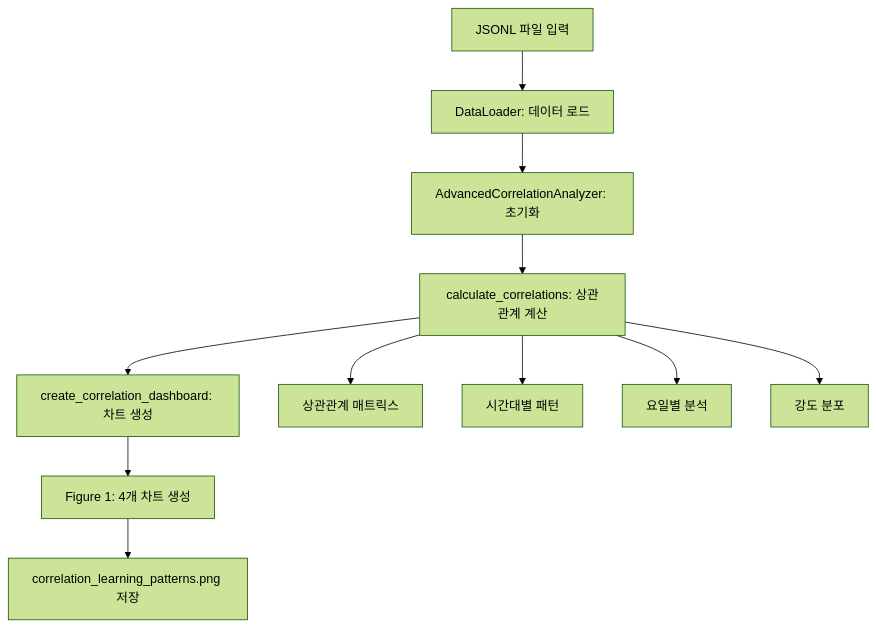
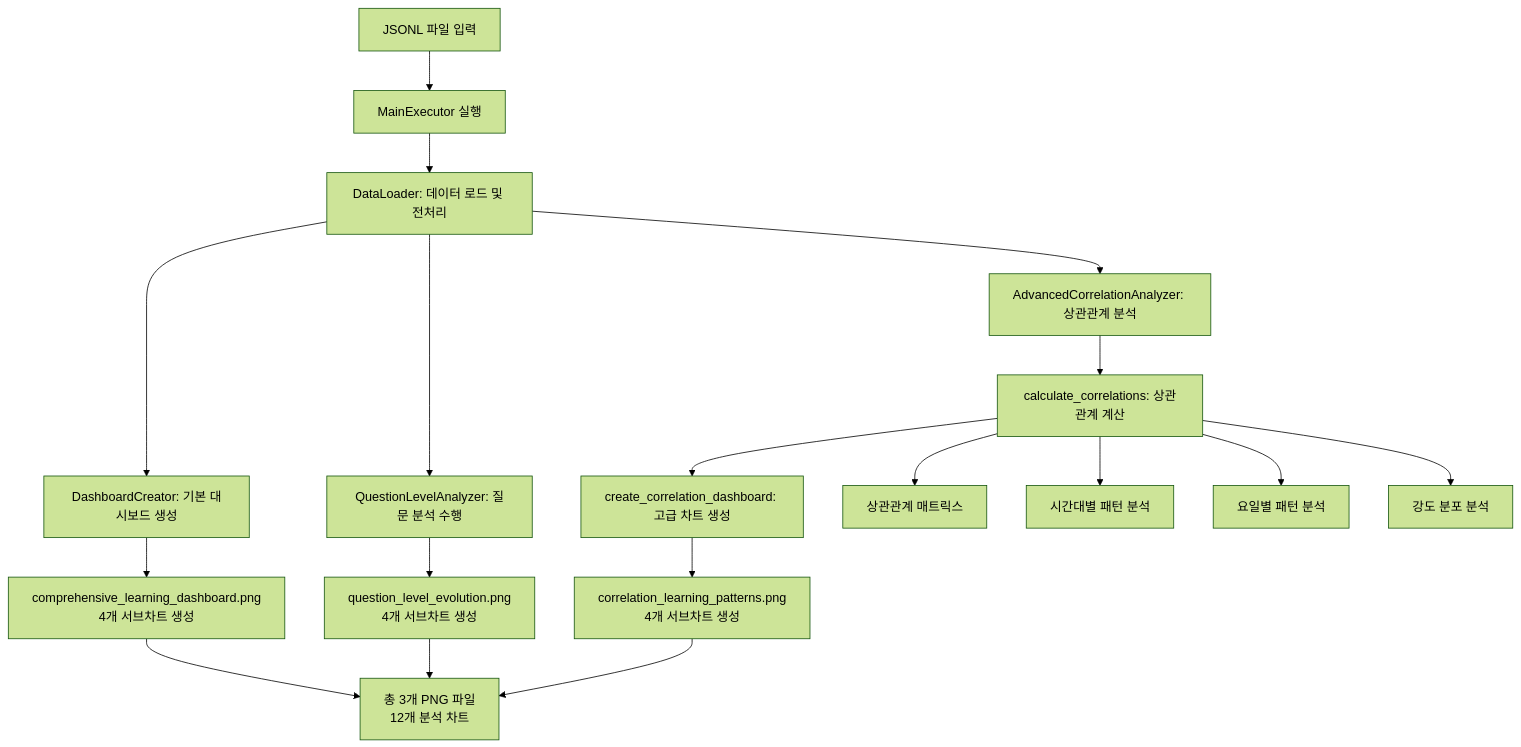
One commit to 2574895/DataAnalysis_PF changed the second of 2 diagrams in README.md. Above: the diagram before and after it, drawn with Mermaid (forest theme). The commit also changed other lines of this file, not shown here.

Commit message:
docs: 데이터 처리 플로우 다이어그램을 전체 시스템 구조로 업데이트
- 기존 단일 모듈 중심 → 전체 시스템 데이터 흐름으로 변경
- MainExecutor → DataLoader → 3개 분석 모듈로의 분기 구조 반영
- 각 모듈별 PNG 파일 생성 과정 명시
- 총 3개 PNG 파일 → 12개 분석 차트로의 수렴 구조 시각화
- 상관관계 분석의 세부 구성 요소 포함 (매트릭스, 시간대별, 요일별, 강도 분석)

````diff
--- a/README.md
+++ b/README.md
@@ -123,15 +123,26 @@
 ```mermaid
 graph TD
-    A[JSONL 파일 입력] --> B[DataLoader: 데이터 로드]
-    B --> C[AdvancedCorrelationAnalyzer: 초기화]
-    C --> D[calculate_correlations: 상관관계 계산]
-    D --> E[create_correlation_dashboard: 차트 생성]
+    A[JSONL 파일 입력] --> B[MainExecutor 실행]
 
-    E --> F[Figure 1: 4개 차트 생성]
-    F --> G[correlation_learning_patterns.png 저장]
+    B --> C[DataLoader: 데이터 로드 및 전처리]
+    C --> D[DashboardCreator: 기본 대시보드 생성]
+    C --> E[QuestionLevelAnalyzer: 질문 분석 수행]
 
-    D --> H[상관관계 매트릭스]
-    D --> I[시간대별 패턴]
-    D --> J[요일별 분석]
-    D --> K[강도 분포]
+    D --> F[comprehensive_learning_dashboard.png<br/>4개 서브차트 생성]
+    E --> G[question_level_evolution.png<br/>4개 서브차트 생성]
+
+    C --> H[AdvancedCorrelationAnalyzer: 상관관계 분석]
+    H --> I[calculate_correlations: 상관관계 계산]
+    I --> J[create_correlation_dashboard: 고급 차트 생성]
+
+    J --> K[correlation_learning_patterns.png<br/>4개 서브차트 생성]
+
+    F --> L[총 3개 PNG 파일<br/>12개 분석 차트]
+    G --> L
+    K --> L
+
+    I --> M[상관관계 매트릭스]
+    I --> N[시간대별 패턴 분석]
+    I --> O[요일별 패턴 분석]
+    I --> P[강도 분포 분석]
 ```
````
